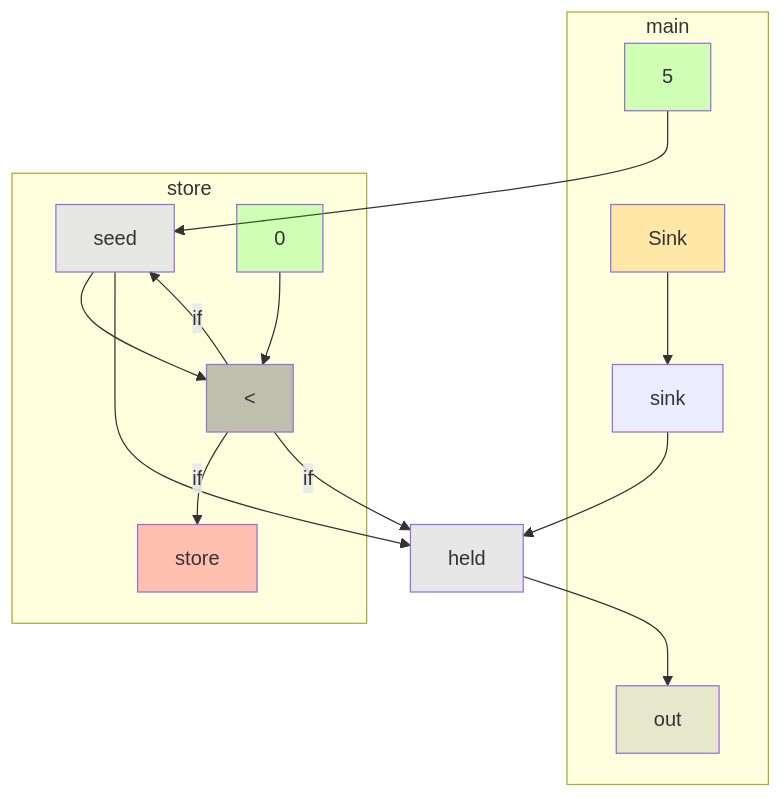
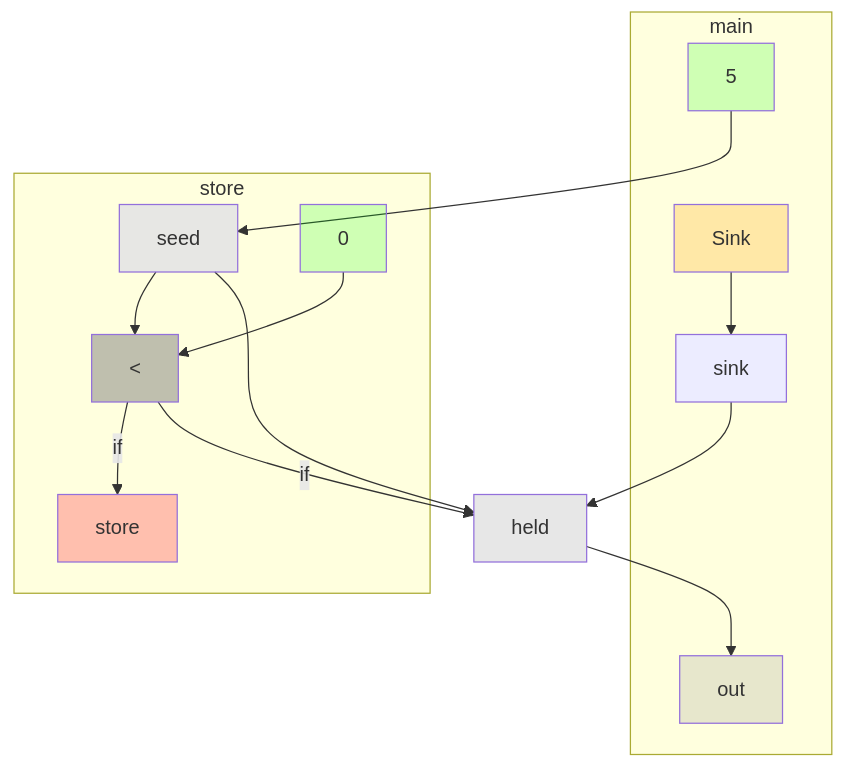
The diagram in app/src/test/resources/voidReturn/spike-truth.md (gstiebler/codeflow), drawn with Mermaid before and after one commit. The commit also changed 21 other files, not shown here.

````diff
--- a/app/src/test/resources/voidReturn/spike-truth.md
+++ b/app/src/test/resources/voidReturn/spike-truth.md
@@ -3,33 +3,32 @@
 ```mermaid
 flowchart TD
   subgraph m0["main"]
     n0["Sink"]:::EXTERNAL
     n1["5"]:::LITERAL
     n2["out"]:::VARIABLE
     n3["sink"]:::OBJ_VARIABLE
   end
   subgraph m1["store"]
     n4["#lt;"]:::BIN_OP
     n5["seed"]:::FUNC_PARAM
     n6["0"]:::LITERAL
     n7["store"]:::RETURN
   end
   n8["held"]:::VARIABLE
   n0 --> n3
   n1 --> n5
   n3 --> n8
-  n4 -->|if| n5
   n4 -->|if| n7
   n4 -->|if| n8
   n5 --> n4
   n5 --> n8
   n6 --> n4
   n8 --> n2
   classDef LITERAL fill:#00FF0030
   classDef VARIABLE fill:#80808030
   classDef BIN_OP fill:#80808080
   classDef FUNC_PARAM fill:#8080FF30
   classDef RETURN fill:#FF808080
   classDef EXTERNAL fill:#FFA50040
   classDef UNMODELLED fill:#FF000030,stroke-dasharray: 4 2
 ```
````
